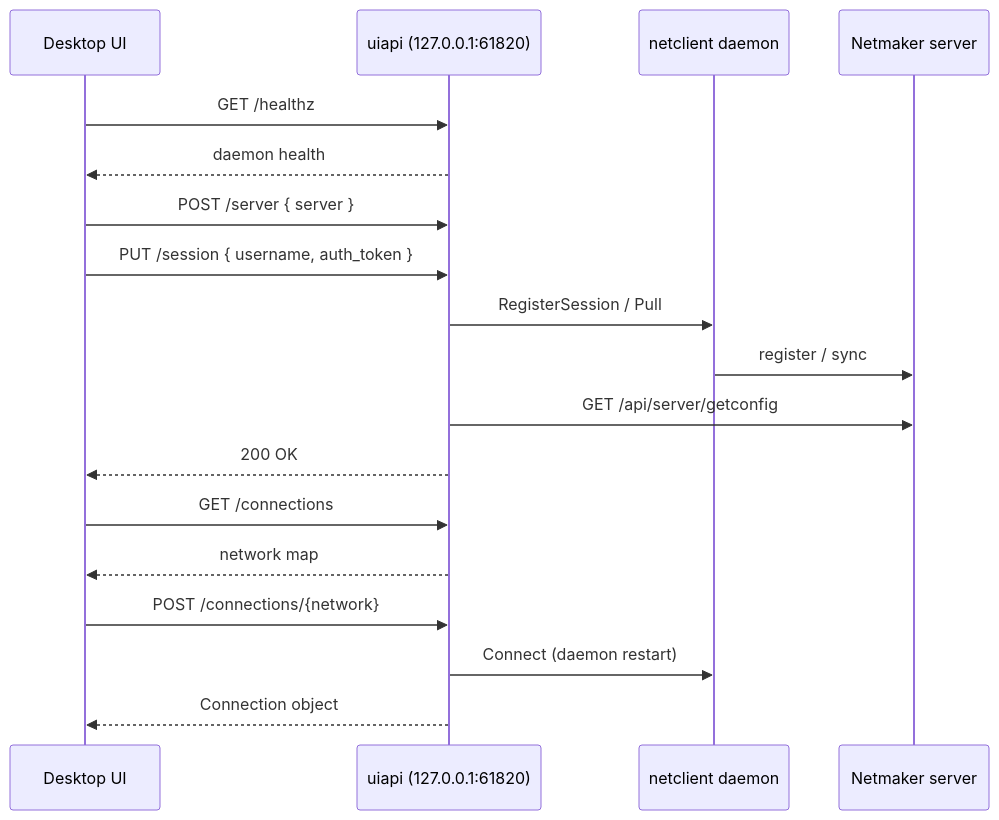
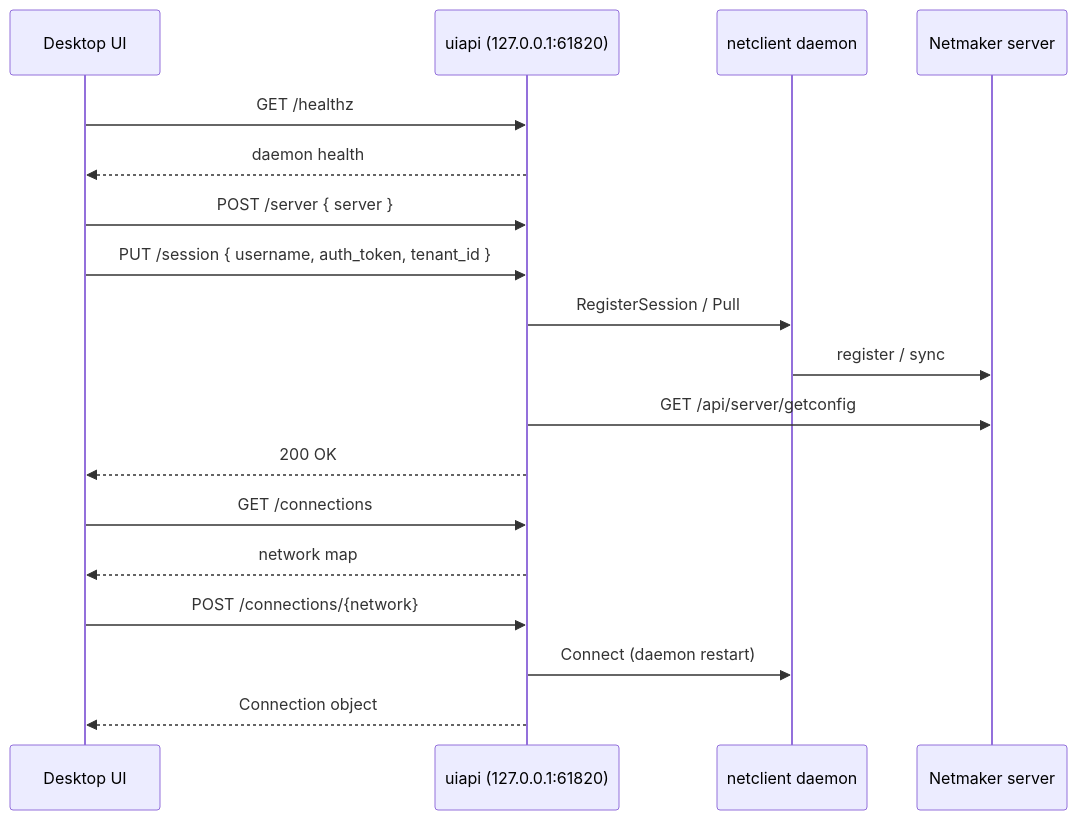
The diagram in docs/uiapi-spec.md (gravitl/netclient), drawn with Mermaid before and after one commit. The commit also changed other lines of this file and 17 other files, not shown here.

````diff
--- a/docs/uiapi-spec.md
+++ b/docs/uiapi-spec.md
@@ -18,24 +18,24 @@
 ```mermaid
 sequenceDiagram
     participant UI as Desktop UI
     participant API as uiapi (127.0.0.1:61820)
     participant NC as netclient daemon
     participant NM as Netmaker server
 
     UI->>API: GET /healthz
     API-->>UI: daemon health
 
     UI->>API: POST /server { server }
-    UI->>API: PUT /session { username, auth_token }
+    UI->>API: PUT /session { username, auth_token, tenant_id }
     API->>NC: RegisterSession / Pull
     NC->>NM: register / sync
     API->>NM: GET /api/server/getconfig
     API-->>UI: 200 OK
 
     UI->>API: GET /connections
     API-->>UI: network map
 
     UI->>API: POST /connections/{network}
     API->>NC: Connect (daemon restart)
     API-->>UI: Connection object
 ```
````
